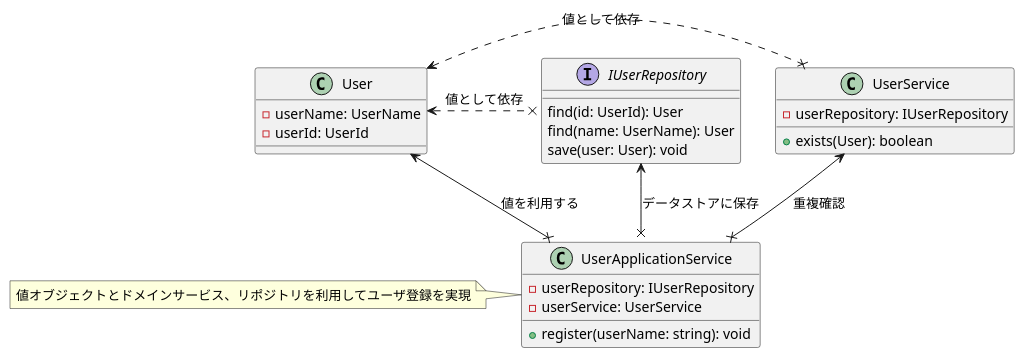
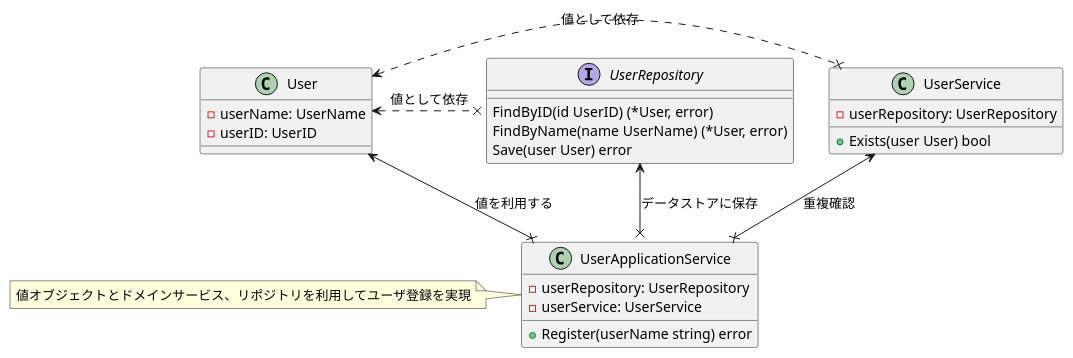
One commit to Yuki-TU/ddd changed the diagram in diagrams/ch06-register-user.puml. Above: the diagram before and after it, drawn with PlantUML. The commit also changed 40 other files, not shown here.

Commit message:
サンプルと図を Go の慣習に揃え、DDD の説明コメントを残す。

```diff
--- a/diagrams/ch06-register-user.puml
+++ b/diagrams/ch06-register-user.puml
@@ -1,31 +1,31 @@
 @startuml
 User <--x UserApplicationService: 値を利用する
 UserService <--x UserApplicationService: 重複確認
 User <.x UserService: 値として依存
-User <.x IUserRepository: 値として依存
+User <.x UserRepository: 値として依存
 
-IUserRepository <--x UserApplicationService: データストアに保存
+UserRepository <--x UserApplicationService: データストアに保存
 
-interface IUserRepository {
-  find(id: UserId): User
-  find(name: UserName): User
-  save(user: User): void
+interface UserRepository {
+  FindByID(id UserID) (*User, error)
+  FindByName(name UserName) (*User, error)
+  Save(user User) error
 }
 
 class UserService {
-  - userRepository: IUserRepository
-  + exists(User): boolean
+  - userRepository: UserRepository
+  + Exists(user User) bool
 }
 class User {
   - userName: UserName
-  - userId: UserId
+  - userID: UserID
 }
 class UserApplicationService {
-  - userRepository: IUserRepository
+  - userRepository: UserRepository
   - userService: UserService
-  + register(userName: string): void
+  + Register(userName string) error
 }
 note left
 値オブジェクトとドメインサービス、リポジトリを利用してユーザ登録を実現
 endnote
 @enduml
```
